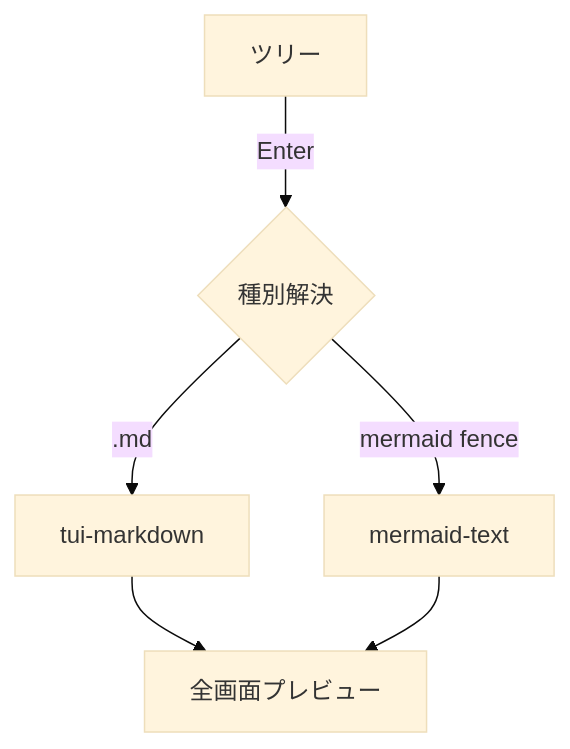
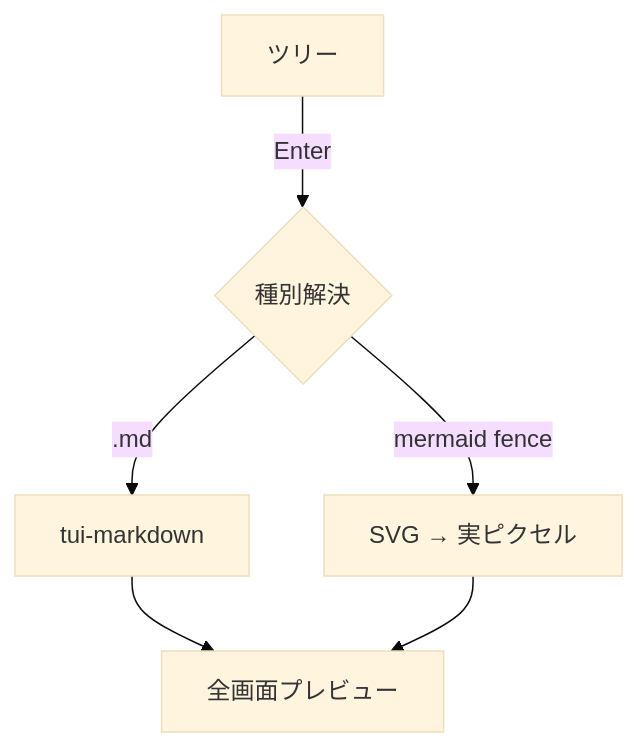
One commit to LESIM-Co-Ltd/konoma changed the diagram in samples/markdown.ja.md. Above: the diagram before and after it, drawn with Mermaid (base theme). The commit also changed other lines of this file and 10 other files, not shown here.

````diff
--- a/samples/markdown.ja.md
+++ b/samples/markdown.ja.md
@@ -118,8 +118,8 @@
 ```mermaid
 graph TD
   A[ツリー] -->|Enter| B{種別解決}
   B -->|.md| C[tui-markdown]
-  B -->|mermaid fence| D[mermaid-text]
+  B -->|mermaid fence| D[SVG → 実ピクセル]
   C --> E[全画面プレビュー]
   D --> E
 ```
````
